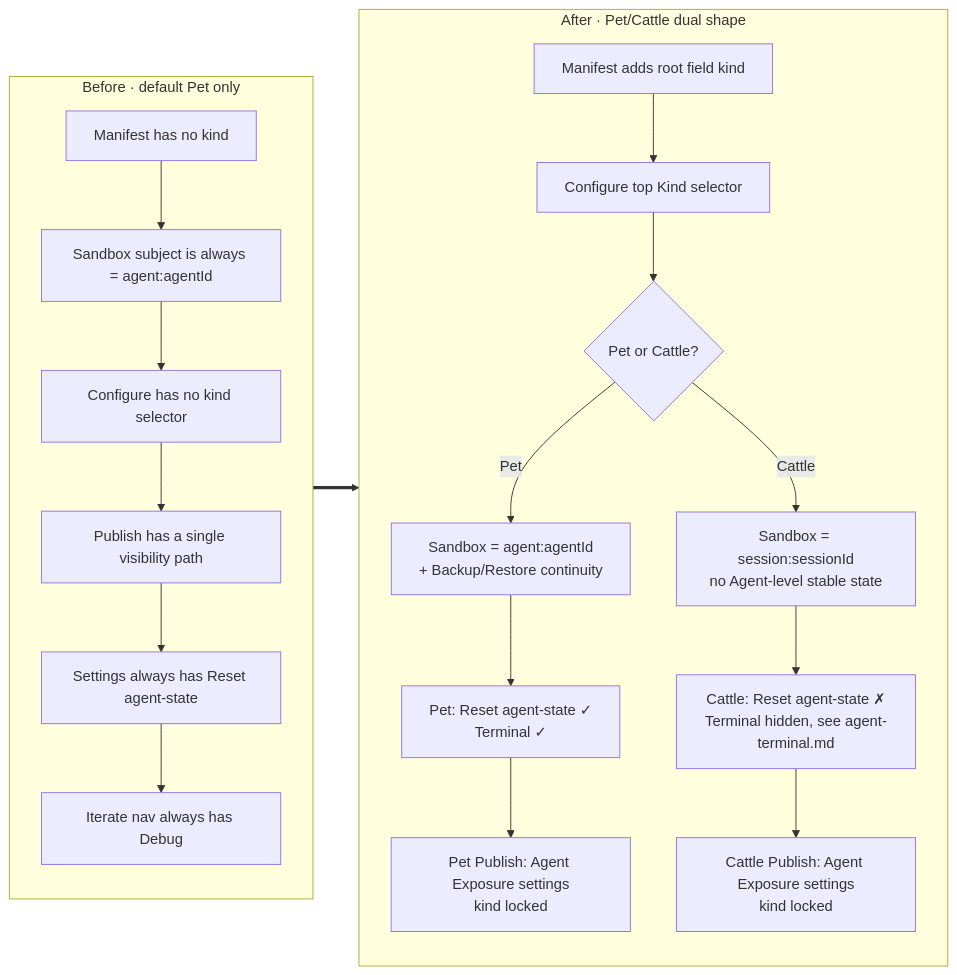
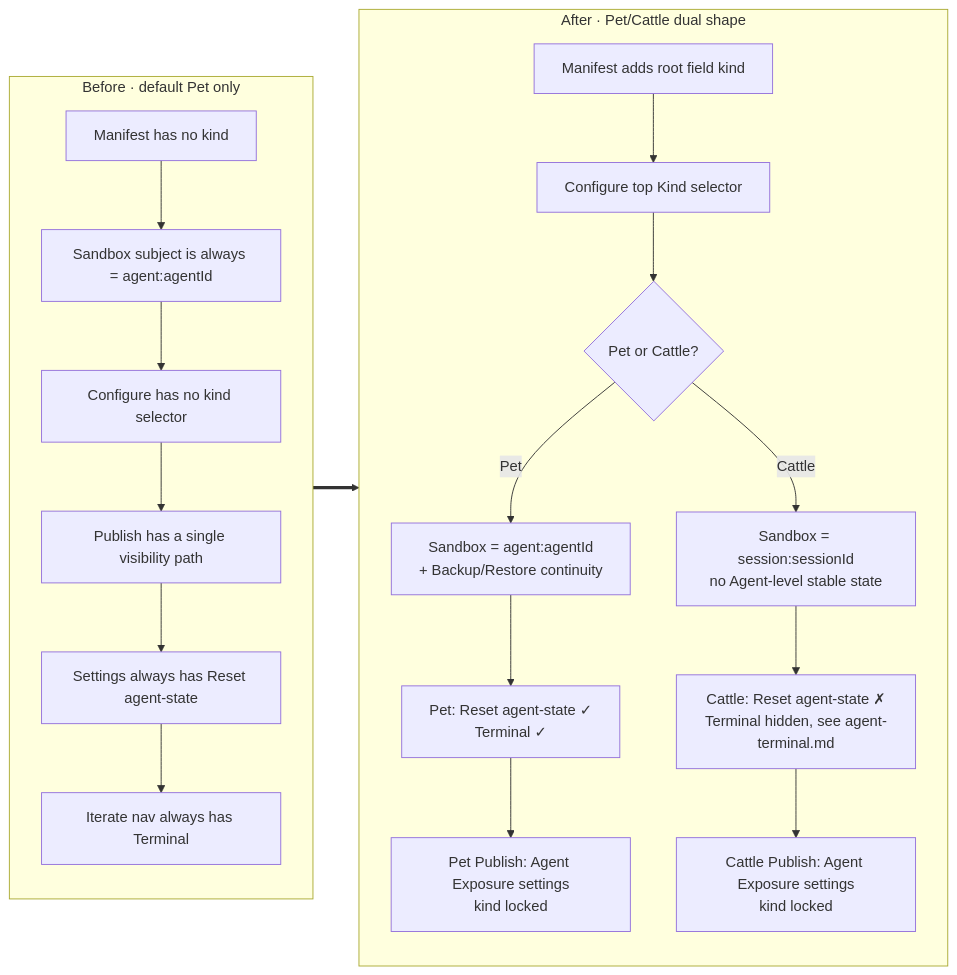
Before and after one commit to langgenius/mosoo: the first of 3 diagrams in docs/prd/agent-type.md, drawn with Mermaid.

Commit message:
docs(prd): sync stale Debug nav label to Terminal in agent-type

````diff
--- a/docs/prd/agent-type.md
+++ b/docs/prd/agent-type.md
@@ -85,23 +85,23 @@
 ```mermaid
 flowchart LR
   subgraph Before["Before · default Pet only"]
     B1[Manifest has no kind] --> B2[Sandbox subject is always = agent:agentId]
     B2 --> B3[Configure has no kind selector]
     B3 --> B4[Publish has a single visibility path]
     B4 --> B5[Settings always has Reset agent-state]
-    B5 --> B6[Iterate nav always has Debug]
+    B5 --> B6[Iterate nav always has Terminal]
   end
 
   subgraph After["After · Pet/Cattle dual shape"]
     A1[Manifest adds root field kind] --> A2[Configure top Kind selector]
     A2 --> A3{Pet or Cattle?}
     A3 -->|Pet| A4[Sandbox = agent:agentId<br/>+ Backup/Restore continuity]
     A3 -->|Cattle| A5[Sandbox = session:sessionId<br/>no Agent-level stable state]
     A4 --> A6[Pet: Reset agent-state ✓<br/>Terminal ✓]
     A5 --> A7[Cattle: Reset agent-state ✗<br/>Terminal hidden, see agent-terminal.md]
     A6 --> A8[Pet Publish: Agent Exposure settings<br/>kind locked]
     A7 --> A9[Cattle Publish: Agent Exposure settings<br/>kind locked]
   end
 
   Before ==> After
 ```
````
